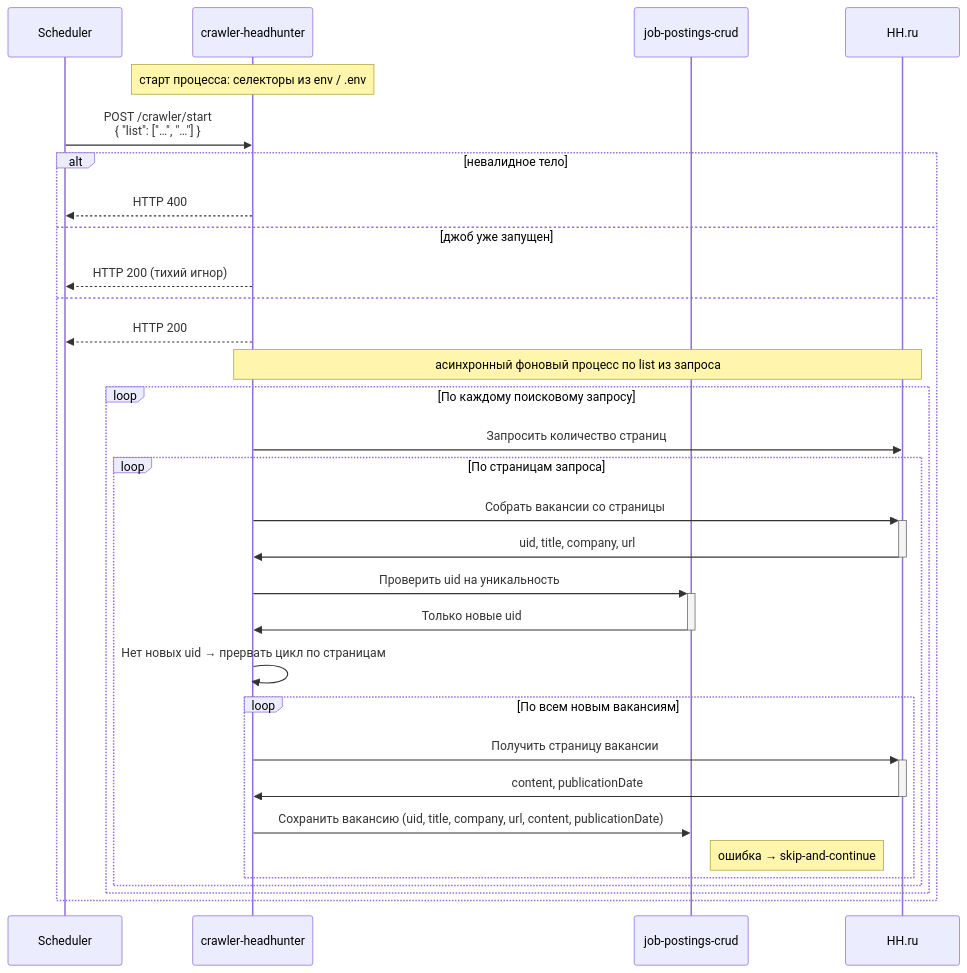
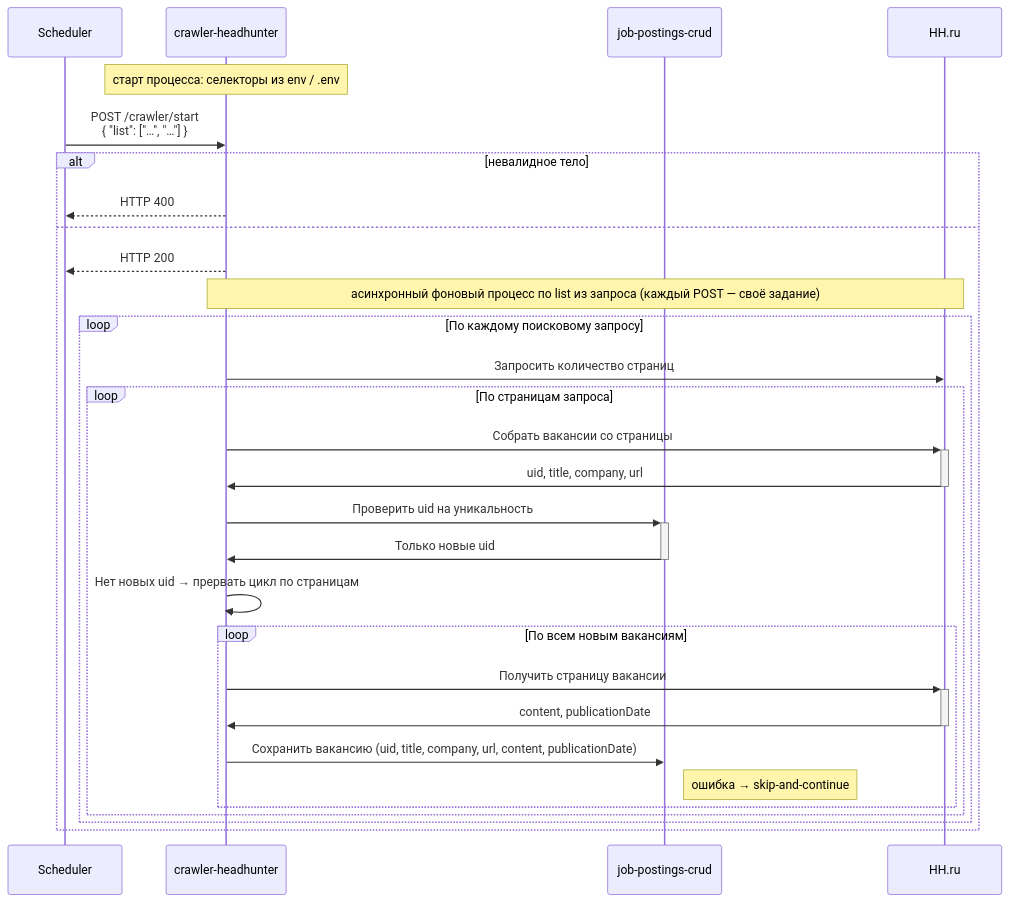
One commit to joposcragent/specifications changed the diagram in services/crawler-headhunter/readme.md. Above: the diagram before and after it, drawn with Mermaid. The commit also changed other lines of this file, not shown here.

````diff
--- a/services/crawler-headhunter/readme.md
+++ b/services/crawler-headhunter/readme.md
@@ -103,39 +103,37 @@
 ```mermaid
 sequenceDiagram
     participant Scheduler
     participant Crawler as crawler-headhunter
     participant Postings as job-postings-crud
     participant HH as HH.ru
 
     Note over Crawler: старт процесса: селекторы из env / .env
 
     Scheduler->>Crawler: POST /crawler/start<br/>{ "list": ["…", "…"] }
 
     alt невалидное тело
         Crawler-->>Scheduler: HTTP 400
-    else джоб уже запущен
-        Crawler-->>Scheduler: HTTP 200 (тихий игнор)
     else
         Crawler-->>Scheduler: HTTP 200
-        Note over Crawler,HH: асинхронный фоновый процесс по list из запроса
+        Note over Crawler,HH: асинхронный фоновый процесс по list из запроса (каждый POST — своё задание)
 
         loop По каждому поисковому запросу
             Crawler->>HH: Запросить количество страниц
 
             loop По страницам запроса
                 Crawler->>+HH: Собрать вакансии со страницы
                 HH->>-Crawler: uid, title, company, url
                 Crawler->>+Postings: Проверить uid на уникальность
                 Postings->>-Crawler: Только новые uid
                 Crawler->>Crawler: Нет новых uid → прервать цикл по страницам
 
                 loop По всем новым вакансиям
                     Crawler->>+HH: Получить страницу вакансии
                     HH->>-Crawler: content, publicationDate
                     Crawler->>Postings: Сохранить вакансию (uid, title, company, url, content, publicationDate)
                     Note right of Postings: ошибка → skip-and-continue
                 end
             end
         end
     end
 ```
````
